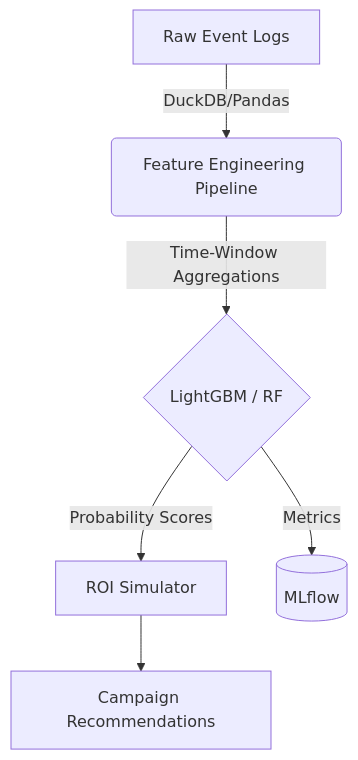
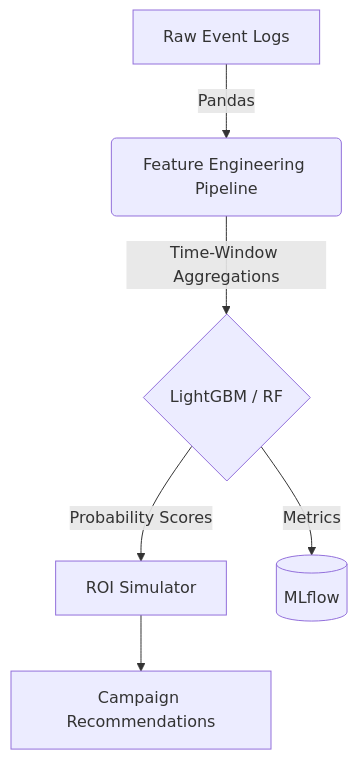
Before and after one commit to CCallahan308/saas-churn-simulator: the diagram in README.md, drawn with Mermaid. The commit also changed other lines of this file and 11 other files, not shown here.

````diff
--- a/README.md
+++ b/README.md
@@ -15,8 +15,8 @@
 ```mermaid
 graph TD
-    A[Raw Event Logs] -->|DuckDB/Pandas| B(Feature Engineering Pipeline)
+    A[Raw Event Logs] -->|Pandas| B(Feature Engineering Pipeline)
     B -->|Time-Window Aggregations| C{LightGBM / RF}
     C -->|Probability Scores| D[ROI Simulator]
     C -->|Metrics| E[(MLflow)]
     D --> F[Campaign Recommendations]
 ```
````
